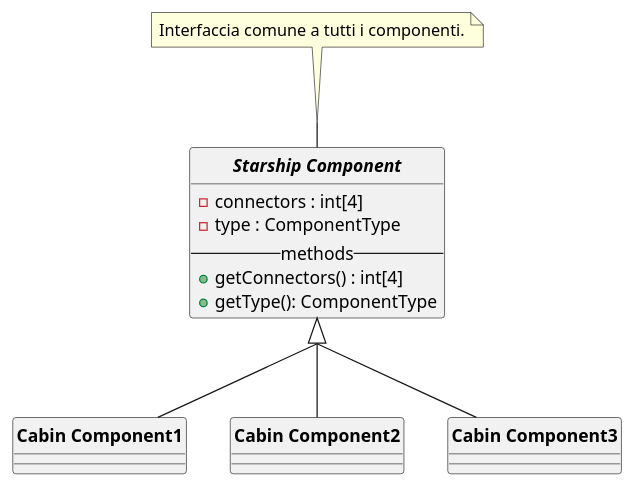
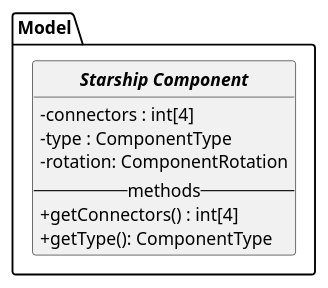
The diagram in classdiagrams.puml (teoscura/ing-sw-2025-ponzo-romano-sarto-scuratti), drawn with PlantUML before and after one commit. The commit also changed 4 other files, not shown here.

Commit message:
Cleanup PlantUML, creazione di file, caricamento risorse utili allo sviluppo, messa a grandi linee delle implementazioni di FA.

```diff
--- a/classdiagrams.puml
+++ b/classdiagrams.puml
@@ -1,37 +1,23 @@
 @startuml style
 ''Style config
 hide circle
 skinparam classFontStyle bold
 skinparam groupInheritance 2
-''skinparam classAttributeIconSize 0
-
-''legenda: - private + pubblico #protected 
+set separator ::
+skinparam classAttributeIconSize 0
 
 ''Class declaration
-
-
-interface $iSC as "Starship Component"{
+interface Model::iSC as "Starship Component"{
     {field} -connectors : int[4]
     {field} -type : ComponentType
+    {field} -rotation: ComponentRotation
     --methods--
     {method} +getConnectors() : int[4]
     {method} +getType(): ComponentType
 }
-note top of $iSC : Interfaccia comune a tutti i componenti.
 
-class $CompCC as "Cabin Component1"{
-}
 
-class $SompCC as "Cabin Component2"{
-}
 
-class $FompCC as "Cabin Component3"{
-}
-
-$iSC ^-- $CompCC
-$iSC ^-- $FompCC
-$iSC ^-- $SompCC
 
 ''Relations between classes
-
 @enduml
```
